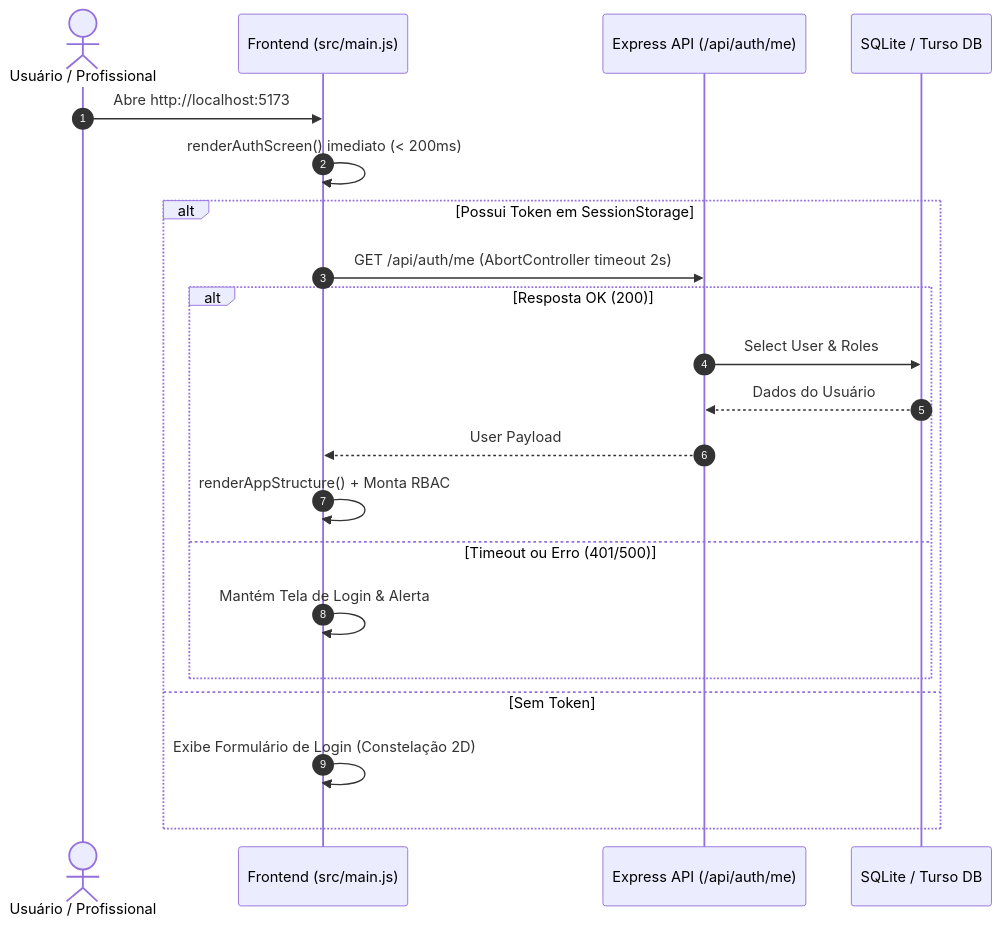
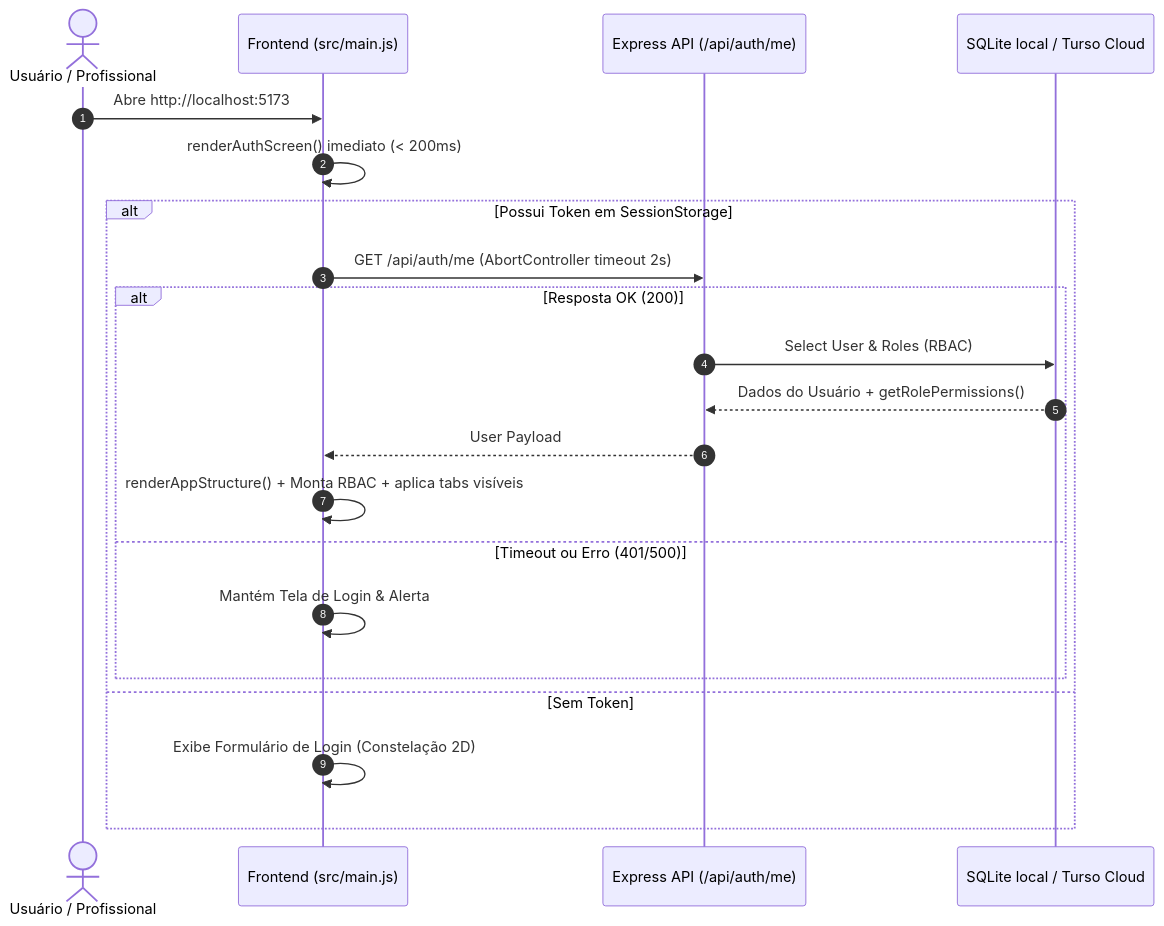
One commit to Mazzarowysk/Health-Nexus changed the second of 6 diagrams in docs/10-Manuais/01-guia-desenvolvedor.md. Above: the diagram before and after it, drawn with Mermaid. The commit also changed other lines of this file and 6 other files, not shown here.

````diff
--- a/docs/10-Manuais/01-guia-desenvolvedor.md
+++ b/docs/10-Manuais/01-guia-desenvolvedor.md
@@ -49,24 +63,24 @@
 ```mermaid
 sequenceDiagram
     autonumber
     actor User as Usuário / Profissional
     participant UI as Frontend (src/main.js)
     participant API as Express API (/api/auth/me)
-    participant DB as SQLite / Turso DB
+    participant DB as SQLite local / Turso Cloud
 
     User->>UI: Abre http://localhost:5173
     UI->>UI: renderAuthScreen() imediato (< 200ms)
     alt Possui Token em SessionStorage
         UI->>API: GET /api/auth/me (AbortController timeout 2s)
         alt Resposta OK (200)
-            API->>DB: Select User & Roles
-            DB-->>API: Dados do Usuário
+            API->>DB: Select User & Roles (RBAC)
+            DB-->>API: Dados do Usuário + getRolePermissions()
             API-->>UI: User Payload
-            UI->>UI: renderAppStructure() + Monta RBAC
+            UI->>UI: renderAppStructure() + Monta RBAC + aplica tabs visíveis
         else Timeout ou Erro (401/500)
             UI->>UI: Mantém Tela de Login & Alerta
         end
     else Sem Token
         UI->>UI: Exibe Formulário de Login (Constelação 2D)
     end
 ```
````
